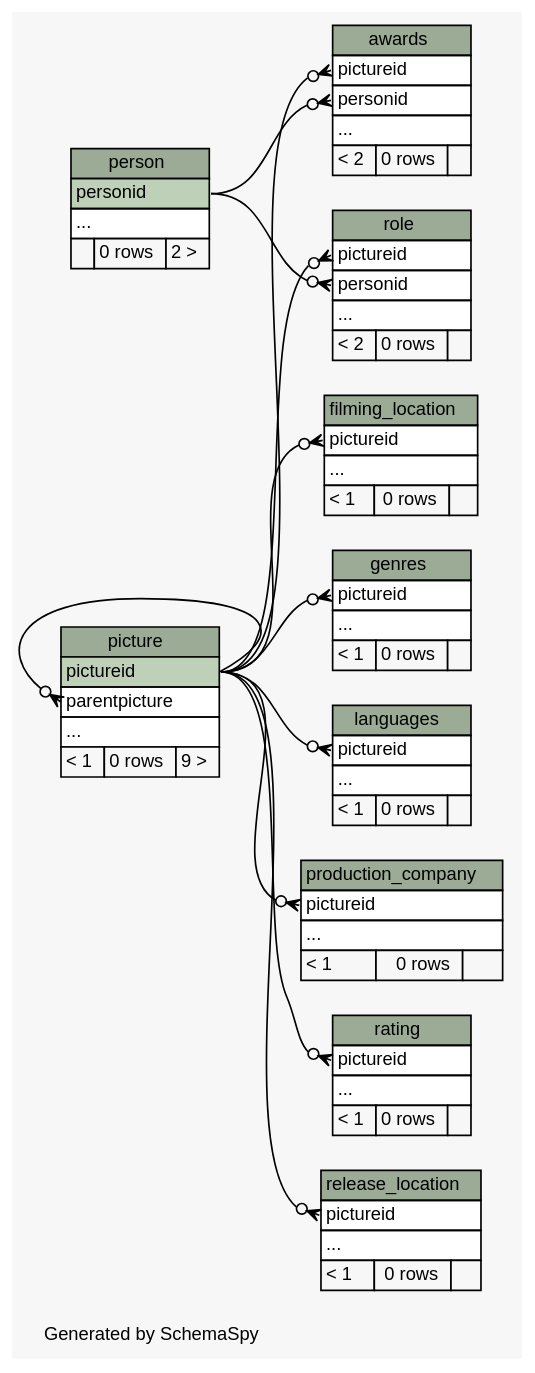
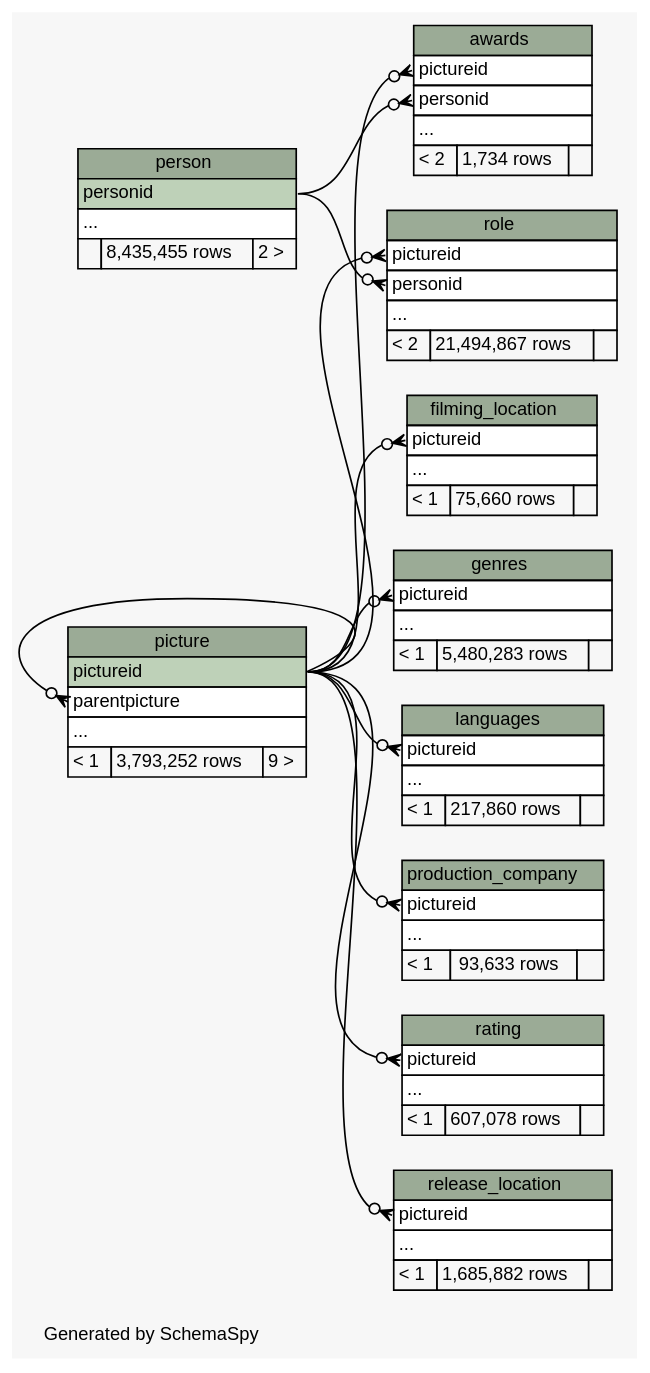
The diagram in populating-tables/schemaspy/diagrams/summary/relationships.real.compact.dot (sipian/CS3563-DBMS), drawn with Graphviz before and after one commit. The commit also changed 65 other files, not shown here.

```diff
--- a/populating-tables/schemaspy/diagrams/summary/relationships.real.compact.dot
+++ b/populating-tables/schemaspy/diagrams/summary/relationships.real.compact.dot
@@ -1,146 +1,146 @@
 // dot 2.38.0 on Linux 4.13.0-32-generic
 // SchemaSpy rev 590
 digraph "compactRelationshipsDiagram" {
   graph [
     rankdir="RL"
     bgcolor="#f7f7f7"
     label="\nGenerated by SchemaSpy"
     labeljust="l"
     nodesep="0.18"
     ranksep="0.46"
     fontname="Helvetica"
     fontsize="11"
   ];
   node [
     fontname="Helvetica"
     fontsize="11"
     shape="plaintext"
   ];
   edge [
     arrowsize="0.8"
   ];
   "awards" [
     label=<
     <TABLE BORDER="0" CELLBORDER="1" CELLSPACING="0" BGCOLOR="#ffffff">
       <TR><TD COLSPAN="3" BGCOLOR="#9bab96" ALIGN="CENTER">awards</TD></TR>
       <TR><TD PORT="pictureid" COLSPAN="3" ALIGN="LEFT">pictureid</TD></TR>
       <TR><TD PORT="personid" COLSPAN="3" ALIGN="LEFT">personid</TD></TR>
       <TR><TD PORT="elipses" COLSPAN="3" ALIGN="LEFT">...</TD></TR>
-      <TR><TD ALIGN="LEFT" BGCOLOR="#f7f7f7">&lt; 2</TD><TD ALIGN="RIGHT" BGCOLOR="#f7f7f7">0 rows</TD><TD ALIGN="RIGHT" BGCOLOR="#f7f7f7">  </TD></TR>
+      <TR><TD ALIGN="LEFT" BGCOLOR="#f7f7f7">&lt; 2</TD><TD ALIGN="RIGHT" BGCOLOR="#f7f7f7">1,734 rows</TD><TD ALIGN="RIGHT" BGCOLOR="#f7f7f7">  </TD></TR>
     </TABLE>>
     URL="tables/awards.html"
     tooltip="awards"
   ];
   "filming_location" [
     label=<
     <TABLE BORDER="0" CELLBORDER="1" CELLSPACING="0" BGCOLOR="#ffffff">
       <TR><TD COLSPAN="3" BGCOLOR="#9bab96" ALIGN="CENTER">filming_location</TD></TR>
       <TR><TD PORT="pictureid" COLSPAN="3" ALIGN="LEFT">pictureid</TD></TR>
       <TR><TD PORT="elipses" COLSPAN="3" ALIGN="LEFT">...</TD></TR>
-      <TR><TD ALIGN="LEFT" BGCOLOR="#f7f7f7">&lt; 1</TD><TD ALIGN="RIGHT" BGCOLOR="#f7f7f7">0 rows</TD><TD ALIGN="RIGHT" BGCOLOR="#f7f7f7">  </TD></TR>
+      <TR><TD ALIGN="LEFT" BGCOLOR="#f7f7f7">&lt; 1</TD><TD ALIGN="RIGHT" BGCOLOR="#f7f7f7">75,660 rows</TD><TD ALIGN="RIGHT" BGCOLOR="#f7f7f7">  </TD></TR>
     </TABLE>>
     URL="tables/filming_location.html"
     tooltip="filming_location"
   ];
   "genres" [
     label=<
     <TABLE BORDER="0" CELLBORDER="1" CELLSPACING="0" BGCOLOR="#ffffff">
       <TR><TD COLSPAN="3" BGCOLOR="#9bab96" ALIGN="CENTER">genres</TD></TR>
       <TR><TD PORT="pictureid" COLSPAN="3" ALIGN="LEFT">pictureid</TD></TR>
       <TR><TD PORT="elipses" COLSPAN="3" ALIGN="LEFT">...</TD></TR>
-      <TR><TD ALIGN="LEFT" BGCOLOR="#f7f7f7">&lt; 1</TD><TD ALIGN="RIGHT" BGCOLOR="#f7f7f7">0 rows</TD><TD ALIGN="RIGHT" BGCOLOR="#f7f7f7">  </TD></TR>
+      <TR><TD ALIGN="LEFT" BGCOLOR="#f7f7f7">&lt; 1</TD><TD ALIGN="RIGHT" BGCOLOR="#f7f7f7">5,480,283 rows</TD><TD ALIGN="RIGHT" BGCOLOR="#f7f7f7">  </TD></TR>
     </TABLE>>
     URL="tables/genres.html"
     tooltip="genres"
   ];
   "languages" [
     label=<
     <TABLE BORDER="0" CELLBORDER="1" CELLSPACING="0" BGCOLOR="#ffffff">
       <TR><TD COLSPAN="3" BGCOLOR="#9bab96" ALIGN="CENTER">languages</TD></TR>
       <TR><TD PORT="pictureid" COLSPAN="3" ALIGN="LEFT">pictureid</TD></TR>
       <TR><TD PORT="elipses" COLSPAN="3" ALIGN="LEFT">...</TD></TR>
-      <TR><TD ALIGN="LEFT" BGCOLOR="#f7f7f7">&lt; 1</TD><TD ALIGN="RIGHT" BGCOLOR="#f7f7f7">0 rows</TD><TD ALIGN="RIGHT" BGCOLOR="#f7f7f7">  </TD></TR>
+      <TR><TD ALIGN="LEFT" BGCOLOR="#f7f7f7">&lt; 1</TD><TD ALIGN="RIGHT" BGCOLOR="#f7f7f7">217,860 rows</TD><TD ALIGN="RIGHT" BGCOLOR="#f7f7f7">  </TD></TR>
     </TABLE>>
     URL="tables/languages.html"
     tooltip="languages"
   ];
   "person" [
     label=<
     <TABLE BORDER="0" CELLBORDER="1" CELLSPACING="0" BGCOLOR="#ffffff">
       <TR><TD COLSPAN="3" BGCOLOR="#9bab96" ALIGN="CENTER">person</TD></TR>
       <TR><TD PORT="personid" COLSPAN="3" BGCOLOR="#bed1b8" ALIGN="LEFT">personid</TD></TR>
       <TR><TD PORT="elipses" COLSPAN="3" ALIGN="LEFT">...</TD></TR>
-      <TR><TD ALIGN="LEFT" BGCOLOR="#f7f7f7">  </TD><TD ALIGN="RIGHT" BGCOLOR="#f7f7f7">0 rows</TD><TD ALIGN="RIGHT" BGCOLOR="#f7f7f7">2 &gt;</TD></TR>
+      <TR><TD ALIGN="LEFT" BGCOLOR="#f7f7f7">  </TD><TD ALIGN="RIGHT" BGCOLOR="#f7f7f7">8,435,455 rows</TD><TD ALIGN="RIGHT" BGCOLOR="#f7f7f7">2 &gt;</TD></TR>
     </TABLE>>
     URL="tables/person.html"
     tooltip="person"
   ];
   "picture" [
     label=<
     <TABLE BORDER="0" CELLBORDER="1" CELLSPACING="0" BGCOLOR="#ffffff">
       <TR><TD COLSPAN="3" BGCOLOR="#9bab96" ALIGN="CENTER">picture</TD></TR>
       <TR><TD PORT="pictureid" COLSPAN="3" BGCOLOR="#bed1b8" ALIGN="LEFT">pictureid</TD></TR>
       <TR><TD PORT="parentpicture" COLSPAN="3" ALIGN="LEFT">parentpicture</TD></TR>
       <TR><TD PORT="elipses" COLSPAN="3" ALIGN="LEFT">...</TD></TR>
-      <TR><TD ALIGN="LEFT" BGCOLOR="#f7f7f7">&lt; 1</TD><TD ALIGN="RIGHT" BGCOLOR="#f7f7f7">0 rows</TD><TD ALIGN="RIGHT" BGCOLOR="#f7f7f7">9 &gt;</TD></TR>
+      <TR><TD ALIGN="LEFT" BGCOLOR="#f7f7f7">&lt; 1</TD><TD ALIGN="RIGHT" BGCOLOR="#f7f7f7">3,793,252 rows</TD><TD ALIGN="RIGHT" BGCOLOR="#f7f7f7">9 &gt;</TD></TR>
     </TABLE>>
     URL="tables/picture.html"
     tooltip="picture"
   ];
   "production_company" [
     label=<
     <TABLE BORDER="0" CELLBORDER="1" CELLSPACING="0" BGCOLOR="#ffffff">
       <TR><TD COLSPAN="3" BGCOLOR="#9bab96" ALIGN="CENTER">production_company</TD></TR>
       <TR><TD PORT="pictureid" COLSPAN="3" ALIGN="LEFT">pictureid</TD></TR>
       <TR><TD PORT="elipses" COLSPAN="3" ALIGN="LEFT">...</TD></TR>
-      <TR><TD ALIGN="LEFT" BGCOLOR="#f7f7f7">&lt; 1</TD><TD ALIGN="RIGHT" BGCOLOR="#f7f7f7">0 rows</TD><TD ALIGN="RIGHT" BGCOLOR="#f7f7f7">  </TD></TR>
+      <TR><TD ALIGN="LEFT" BGCOLOR="#f7f7f7">&lt; 1</TD><TD ALIGN="RIGHT" BGCOLOR="#f7f7f7">93,633 rows</TD><TD ALIGN="RIGHT" BGCOLOR="#f7f7f7">  </TD></TR>
     </TABLE>>
     URL="tables/production_company.html"
     tooltip="production_company"
   ];
   "rating" [
     label=<
     <TABLE BORDER="0" CELLBORDER="1" CELLSPACING="0" BGCOLOR="#ffffff">
       <TR><TD COLSPAN="3" BGCOLOR="#9bab96" ALIGN="CENTER">rating</TD></TR>
       <TR><TD PORT="pictureid" COLSPAN="3" ALIGN="LEFT">pictureid</TD></TR>
       <TR><TD PORT="elipses" COLSPAN="3" ALIGN="LEFT">...</TD></TR>
-      <TR><TD ALIGN="LEFT" BGCOLOR="#f7f7f7">&lt; 1</TD><TD ALIGN="RIGHT" BGCOLOR="#f7f7f7">0 rows</TD><TD ALIGN="RIGHT" BGCOLOR="#f7f7f7">  </TD></TR>
+      <TR><TD ALIGN="LEFT" BGCOLOR="#f7f7f7">&lt; 1</TD><TD ALIGN="RIGHT" BGCOLOR="#f7f7f7">607,078 rows</TD><TD ALIGN="RIGHT" BGCOLOR="#f7f7f7">  </TD></TR>
     </TABLE>>
     URL="tables/rating.html"
     tooltip="rating"
   ];
   "release_location" [
     label=<
     <TABLE BORDER="0" CELLBORDER="1" CELLSPACING="0" BGCOLOR="#ffffff">
       <TR><TD COLSPAN="3" BGCOLOR="#9bab96" ALIGN="CENTER">release_location</TD></TR>
       <TR><TD PORT="pictureid" COLSPAN="3" ALIGN="LEFT">pictureid</TD></TR>
       <TR><TD PORT="elipses" COLSPAN="3" ALIGN="LEFT">...</TD></TR>
-      <TR><TD ALIGN="LEFT" BGCOLOR="#f7f7f7">&lt; 1</TD><TD ALIGN="RIGHT" BGCOLOR="#f7f7f7">0 rows</TD><TD ALIGN="RIGHT" BGCOLOR="#f7f7f7">  </TD></TR>
+      <TR><TD ALIGN="LEFT" BGCOLOR="#f7f7f7">&lt; 1</TD><TD ALIGN="RIGHT" BGCOLOR="#f7f7f7">1,685,882 rows</TD><TD ALIGN="RIGHT" BGCOLOR="#f7f7f7">  </TD></TR>
     </TABLE>>
     URL="tables/release_location.html"
     tooltip="release_location"
   ];
   "role" [
     label=<
     <TABLE BORDER="0" CELLBORDER="1" CELLSPACING="0" BGCOLOR="#ffffff">
       <TR><TD COLSPAN="3" BGCOLOR="#9bab96" ALIGN="CENTER">role</TD></TR>
       <TR><TD PORT="pictureid" COLSPAN="3" ALIGN="LEFT">pictureid</TD></TR>
       <TR><TD PORT="personid" COLSPAN="3" ALIGN="LEFT">personid</TD></TR>
       <TR><TD PORT="elipses" COLSPAN="3" ALIGN="LEFT">...</TD></TR>
-      <TR><TD ALIGN="LEFT" BGCOLOR="#f7f7f7">&lt; 2</TD><TD ALIGN="RIGHT" BGCOLOR="#f7f7f7">0 rows</TD><TD ALIGN="RIGHT" BGCOLOR="#f7f7f7">  </TD></TR>
+      <TR><TD ALIGN="LEFT" BGCOLOR="#f7f7f7">&lt; 2</TD><TD ALIGN="RIGHT" BGCOLOR="#f7f7f7">21,494,867 rows</TD><TD ALIGN="RIGHT" BGCOLOR="#f7f7f7">  </TD></TR>
     </TABLE>>
     URL="tables/role.html"
     tooltip="role"
   ];
   "awards":"personid":w -> "person":"personid":e [arrowhead=none dir=back arrowtail=crowodot];
   "awards":"pictureid":w -> "picture":"pictureid":e [arrowhead=none dir=back arrowtail=crowodot];
   "filming_location":"pictureid":w -> "picture":"pictureid":e [arrowhead=none dir=back arrowtail=crowodot];
   "genres":"pictureid":w -> "picture":"pictureid":e [arrowhead=none dir=back arrowtail=crowodot];
   "languages":"pictureid":w -> "picture":"pictureid":e [arrowhead=none dir=back arrowtail=crowodot];
   "picture":"parentpicture":w -> "picture":"pictureid":e [arrowhead=none dir=back arrowtail=crowodot];
   "production_company":"pictureid":w -> "picture":"pictureid":e [arrowhead=none dir=back arrowtail=crowodot];
   "rating":"pictureid":w -> "picture":"pictureid":e [arrowhead=none dir=back arrowtail=crowodot];
   "release_location":"pictureid":w -> "picture":"pictureid":e [arrowhead=none dir=back arrowtail=crowodot];
   "role":"personid":w -> "person":"personid":e [arrowhead=none dir=back arrowtail=crowodot];
   "role":"pictureid":w -> "picture":"pictureid":e [arrowhead=none dir=back arrowtail=crowodot];
 }
```
